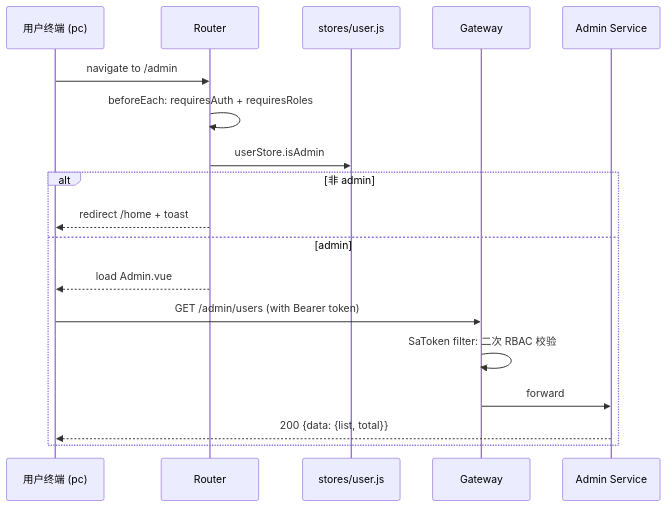
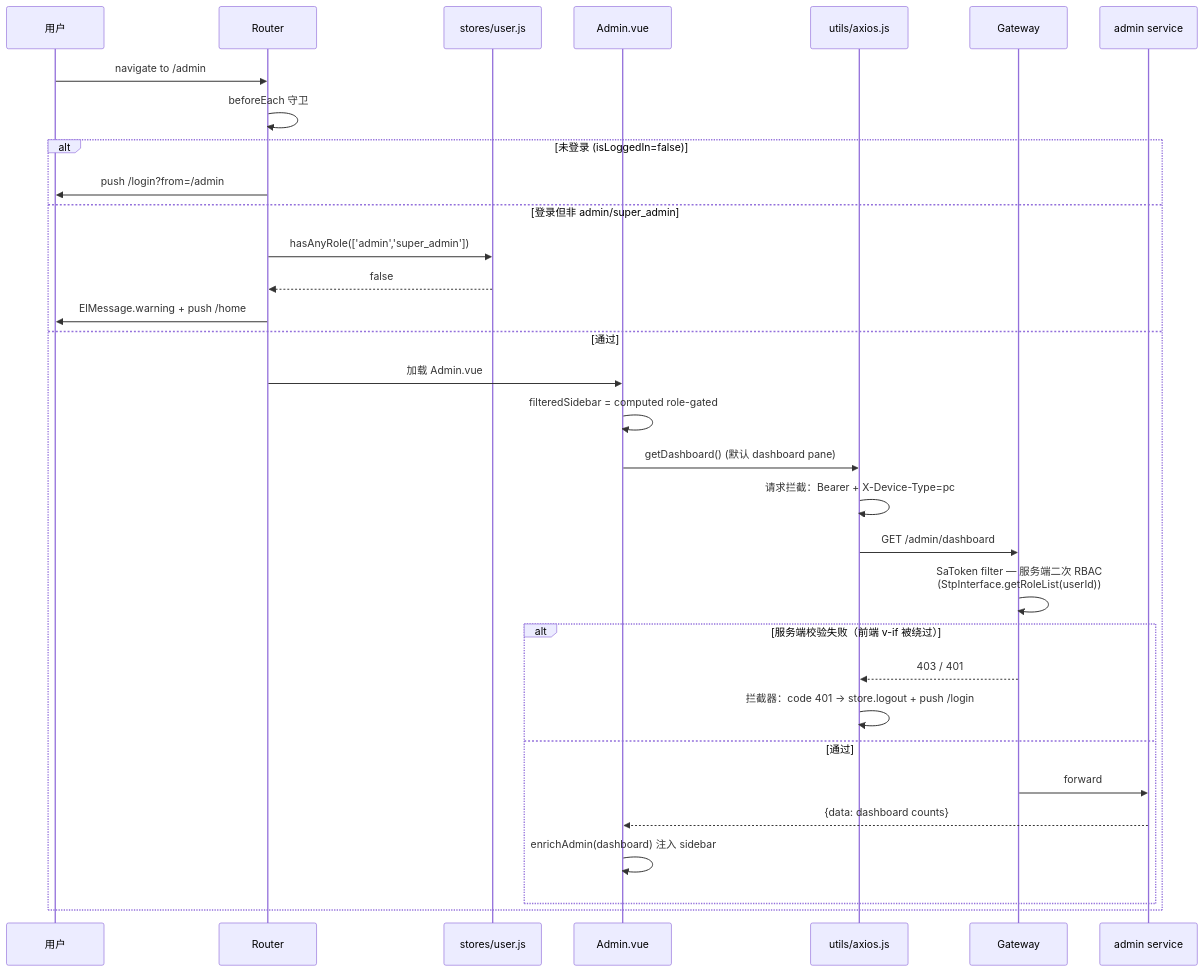
One commit to LionelHao/fab-3d-world-pc changed the fifth of 9 diagrams in .wiki/flows.md. Above: the diagram before and after it, drawn with Mermaid. The commit also changed other lines of this file and 5 other files, not shown here.

First line of the commit message:
docs(pc): user-auth P1-P6 wiki 全量 ingest + HIGH/MEDIUM 修复

````diff
--- a/.wiki/flows.md
+++ b/.wiki/flows.md
@@ -23,21 +132,35 @@
 ```mermaid
 sequenceDiagram
-    participant U as 用户终端 (pc)
-    participant R as Router
-    participant St as stores/user.js
-    participant G as Gateway
-    participant A as Admin Service
+  participant U as 用户
+  participant R as Router
+  participant S as stores/user.js
+  participant V as Admin.vue
+  participant AX as utils/axios.js
+  participant GW as Gateway
+  participant ADM as admin service
 
-    U->>R: navigate to /admin
-    R->>R: beforeEach: requiresAuth + requiresRoles
-    R->>St: userStore.isAdmin
-    alt 非 admin
-        R-->>U: redirect /home + toast
-    else admin
-        R-->>U: load Admin.vue
-        U->>G: GET /admin/users (with Bearer token)
-        G->>G: SaToken filter: 二次 RBAC 校验
-        G->>A: forward
-        A-->>U: 200 {data: {list, total}}
+  U->>R: navigate to /admin
+  R->>R: beforeEach 守卫
+  alt 未登录 (isLoggedIn=false)
+    R->>U: push /login?from=/admin
+  else 登录但非 admin/super_admin
+    R->>S: hasAnyRole(['admin','super_admin'])
+    S-->>R: false
+    R->>U: ElMessage.warning + push /home
+  else 通过
+    R->>V: 加载 Admin.vue
+    V->>V: filteredSidebar = computed role-gated
+    V->>AX: getDashboard() (默认 dashboard pane)
+    AX->>AX: 请求拦截：Bearer + X-Device-Type=pc
+    AX->>GW: GET /admin/dashboard
+    GW->>GW: SaToken filter — 服务端二次 RBAC<br/>(StpInterface.getRoleList(userId))
+    alt 服务端校验失败（前端 v-if 被绕过）
+      GW-->>AX: 403 / 401
+      AX->>AX: 拦截器：code 401 → store.logout + push /login
+    else 通过
+      GW->>ADM: forward
+      ADM-->>V: {data: dashboard counts}
+      V->>V: enrichAdmin(dashboard) 注入 sidebar
     end
+  end
 ```
````
